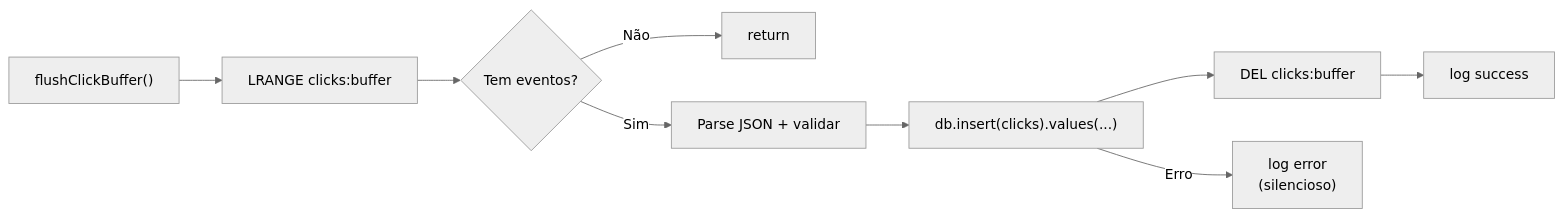
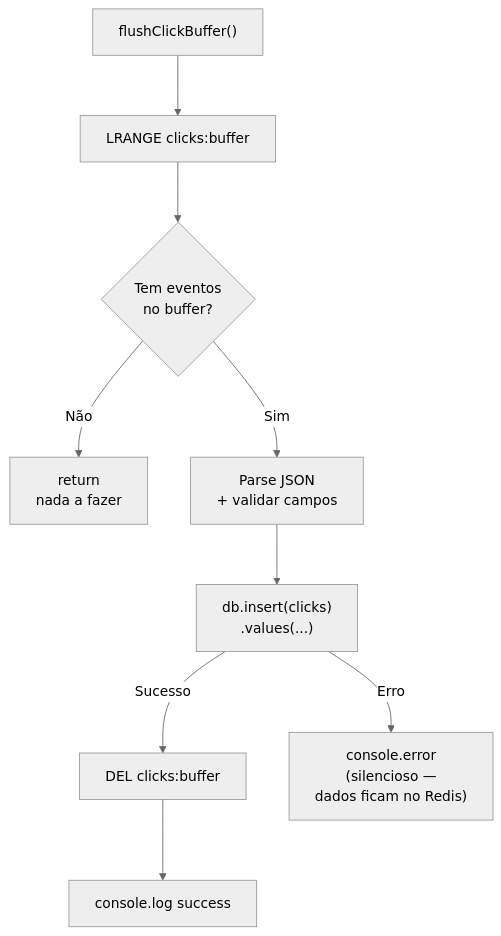
One commit to eduardoaugustolb/encurtador-url changed the third of 3 diagrams in docs/processos-background.md. Above: the diagram before and after it, drawn with Mermaid (neutral theme). The commit also changed other lines of this file and 3 other files, not shown here.

Commit message:
docs: reorganize mermaid diagrams with spacing, autonumber, and color-coded phases

````diff
--- a/docs/processos-background.md
+++ b/docs/processos-background.md
@@ -74,11 +89,17 @@
 ```mermaid
-flowchart LR
+%%{init: {'flowchart': {'nodeSpacing': 50, 'rankSpacing': 70}}}%%
+flowchart TB
     A["flushClickBuffer()"] --> B["LRANGE clicks:buffer"]
-    B --> C{"Tem eventos?"}
-    C -->|Não| F["return"]
-    C -->|Sim| D["Parse JSON + validar"]
-    D --> E["db.insert(clicks).values(...)"]
-    E --> G["DEL clicks:buffer"]
-    G --> H["log success"]
-    E -->|Erro| I["log error<br/>(silencioso)"]
+
+    B --> C{"Tem eventos<br/>no buffer?"}
+
+    C -->|Não| F["return<br/>nada a fazer"]
+
+    C -->|Sim| D["Parse JSON<br/>+ validar campos"]
+    D --> E["db.insert(clicks)<br/>.values(...)"]
+
+    E -->|Sucesso| G["DEL clicks:buffer"]
+    G --> H["console.log success"]
+
+    E -->|Erro| I["console.error<br/>(silencioso —<br/>dados ficam no Redis)"]
 ```
````
